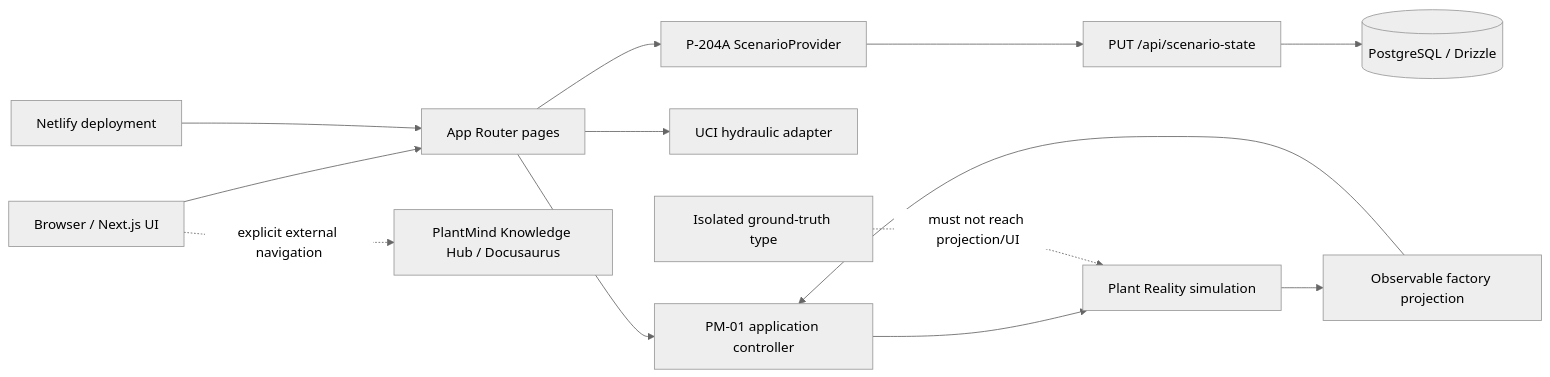
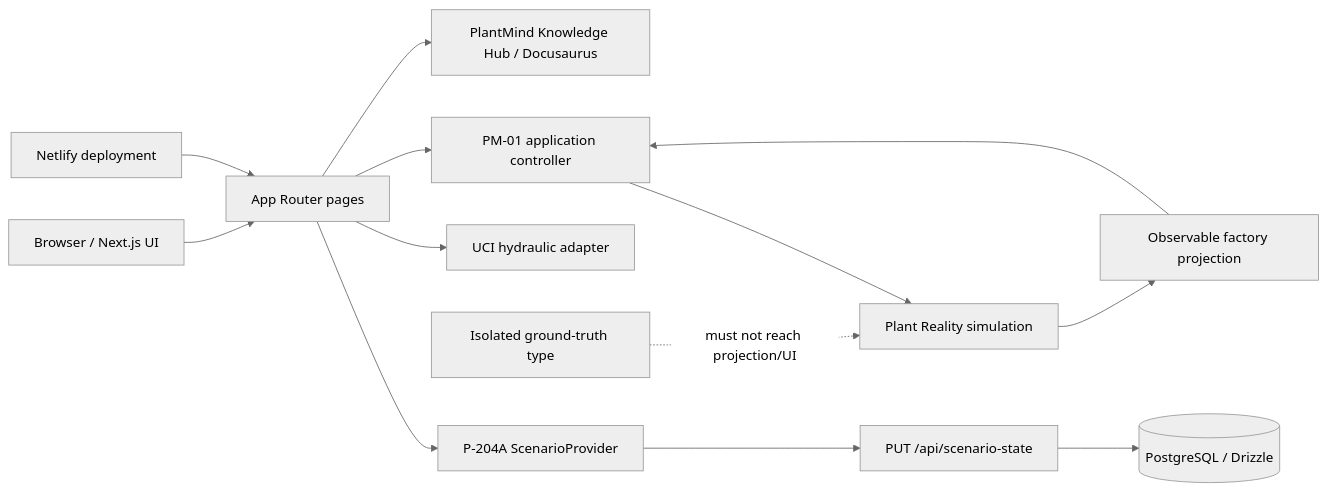
The first of 2 diagrams in docs/ARCHITECTURE.md (milindvanam/plantmind-os), drawn with Mermaid (neutral theme) before and after one commit. The commit also changed other lines of this file and 180 other files, not shown here.

````diff
--- a/docs/ARCHITECTURE.md
+++ b/docs/ARCHITECTURE.md
@@ -7,27 +7,27 @@
 ```mermaid
 flowchart LR
   Browser["Browser / Next.js UI"]
   Routes["App Router pages"]
   Legacy["P-204A ScenarioProvider"]
   Real["UCI hydraulic adapter"]
   Controller["PM-01 application controller"]
   Projection["Observable factory projection"]
   Reality["Plant Reality simulation"]
   Hidden["Isolated ground-truth type"]
   API["PUT /api/scenario-state"]
   DB[("PostgreSQL / Drizzle")]
   Netlify["Netlify deployment"]
   Knowledge["PlantMind Knowledge Hub / Docusaurus"]
 
   Browser --> Routes
   Routes --> Legacy
   Routes --> Real
   Routes --> Controller
   Controller --> Reality
   Reality --> Projection
   Projection --> Controller
   Hidden -. "must not reach projection/UI" .-> Reality
   Legacy --> API --> DB
   Netlify --> Routes
-  Browser -. "explicit external navigation" .-> Knowledge
+  Routes --> Knowledge
 ```
````
